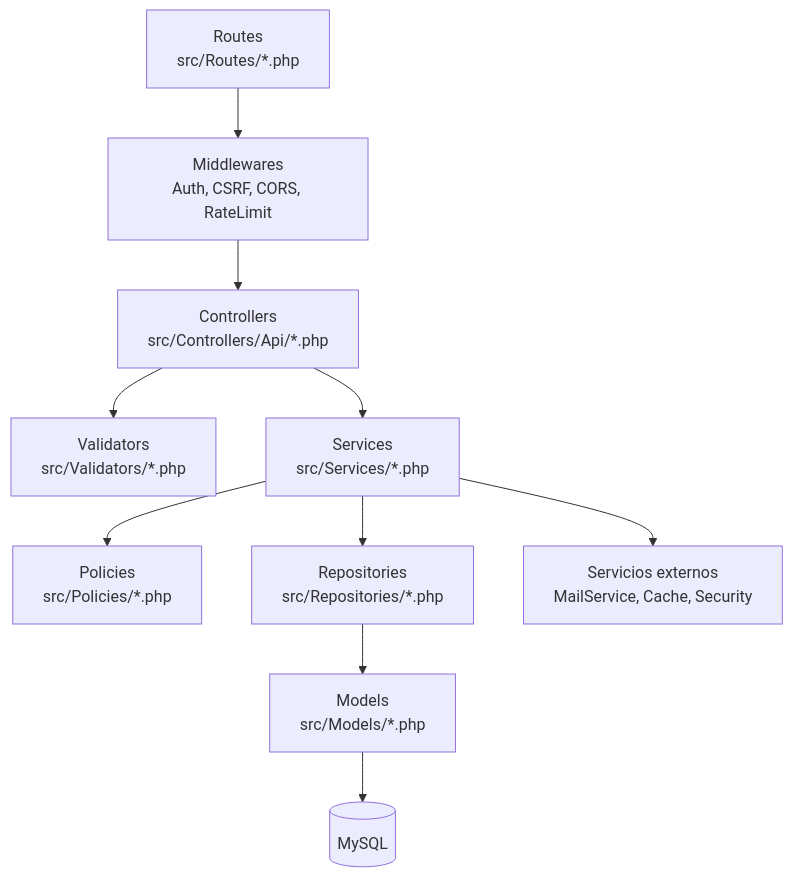
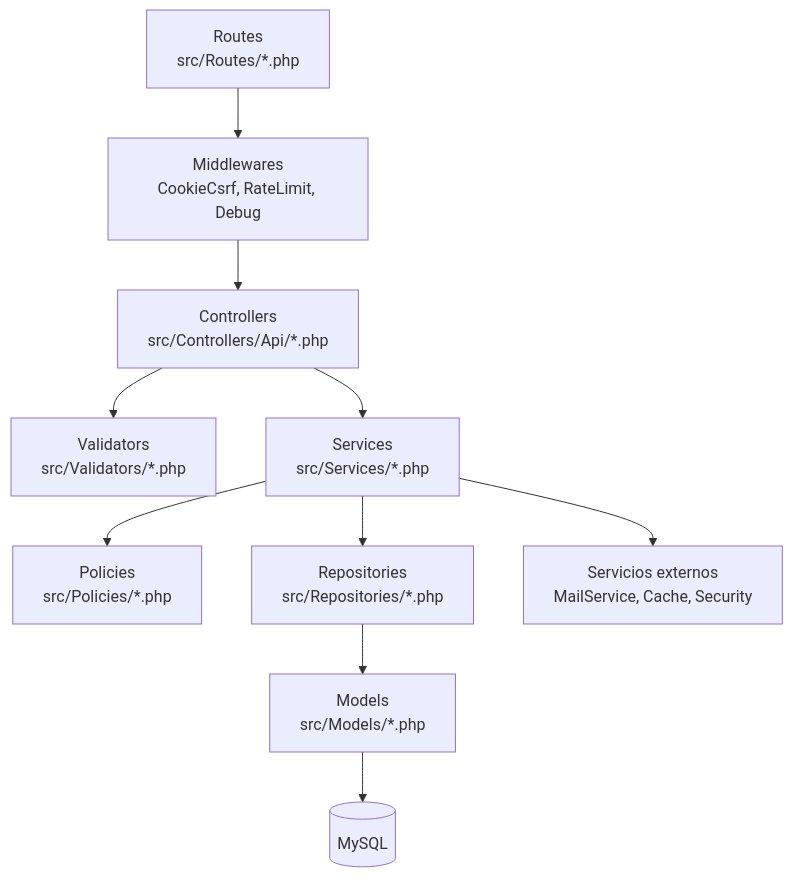
One commit to marnafer/AlquilER-documentacion changed the second of 21 diagrams in ARQUITECTURA.md. Above: the diagram before and after it, drawn with Mermaid. The commit also changed other lines of this file and 1 other file, not shown here.

Commit message:
docs: corregir middlewares y seguridad segun codigo real (Authenticator en Security, 3 middlewares)

````diff
--- a/ARQUITECTURA.md
+++ b/ARQUITECTURA.md
@@ -29,12 +29,12 @@
 ```mermaid
 flowchart TD
-    R[Routes<br/>src/Routes/*.php] --> Mw[Middlewares<br/>Auth, CSRF, CORS, RateLimit]
+    R[Routes<br/>src/Routes/*.php] --> Mw[Middlewares<br/>CookieCsrf, RateLimit, Debug]
     Mw --> C[Controllers<br/>src/Controllers/Api/*.php]
     C --> V[Validators<br/>src/Validators/*.php]
     C --> S[Services<br/>src/Services/*.php]
     S --> P[Policies<br/>src/Policies/*.php]
     S --> Repo[Repositories<br/>src/Repositories/*.php]
     Repo --> Model[Models<br/>src/Models/*.php]
     Model --> DB[(MySQL)]
     S --> Ext[Servicios externos<br/>MailService, Cache, Security]
 ```
````
